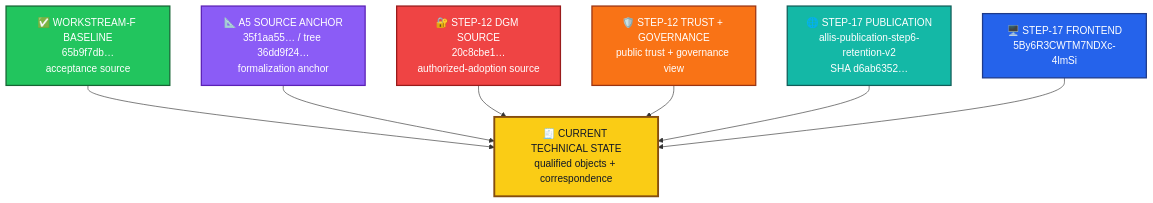
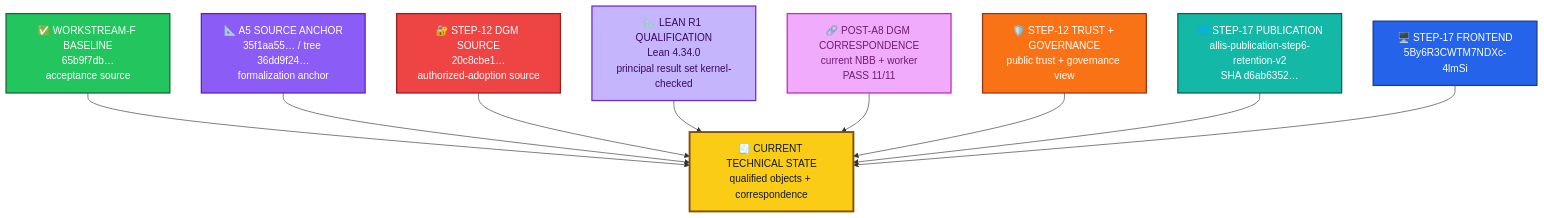
The second of 9 diagrams in CURRENT.md (kiddstechnical/ALLIS-Artificial-Learning-and-Location-Intelligence-System), drawn with Mermaid before and after one commit. The commit also changed other lines of this file, not shown here.

First line of the commit message:
Update CURRENT.md with new status and details

````diff
--- a/CURRENT.md
+++ b/CURRENT.md
@@ -82,31 +82,39 @@
 ```mermaid
 flowchart TB
     F["✅ WORKSTREAM-F BASELINE<br/>65b9f7db…<br/>acceptance source"]:::source
 
     A["📐 A5 SOURCE ANCHOR<br/>35f1aa55… / tree 36dd9f24…<br/>formalization anchor"]:::proof
 
     D["🔐 STEP-12 DGM SOURCE<br/>20c8cbe1…<br/>authorized-adoption source"]:::dgm
+
+    L["📐 LEAN R1 QUALIFICATION<br/>Lean 4.34.0<br/>principal result set kernel-checked"]:::proof2
+
+    R["🔗 POST-A8 DGM CORRESPONDENCE<br/>current NBB + worker<br/>PASS 11/11"]:::corr
 
     T["🛡️ STEP-12 TRUST + GOVERNANCE<br/>public trust + governance view"]:::trust
 
     P["🌐 STEP-17 PUBLICATION<br/>allis-publication-step6-retention-v2<br/>SHA d6ab6352…"]:::pub
 
     G["🖥️ STEP-17 FRONTEND<br/>5By6R3CWTM7NDXc-4lmSi"]:::gui
 
     C["🧾 CURRENT TECHNICAL STATE<br/>qualified objects + correspondence"]:::current
 
     F --> C
     A --> C
     D --> C
+    L --> C
+    R --> C
     T --> C
     P --> C
     G --> C
 
     classDef source fill:#22c55e,stroke:#166534,color:#ffffff,stroke-width:2px;
     classDef proof fill:#8b5cf6,stroke:#5b21b6,color:#ffffff,stroke-width:2px;
     classDef dgm fill:#ef4444,stroke:#991b1b,color:#ffffff,stroke-width:2px;
+    classDef proof2 fill:#c4b5fd,stroke:#6d28d9,color:#3b0764,stroke-width:2px;
+    classDef corr fill:#f0abfc,stroke:#c026d3,color:#701a75,stroke-width:2px;
     classDef trust fill:#f97316,stroke:#9a3412,color:#ffffff,stroke-width:2px;
     classDef pub fill:#14b8a6,stroke:#115e59,color:#ffffff,stroke-width:2px;
     classDef gui fill:#2563eb,stroke:#1e3a8a,color:#ffffff,stroke-width:2px;
     classDef current fill:#facc15,stroke:#854d0e,color:#111827,stroke-width:3px;
 ```
````
